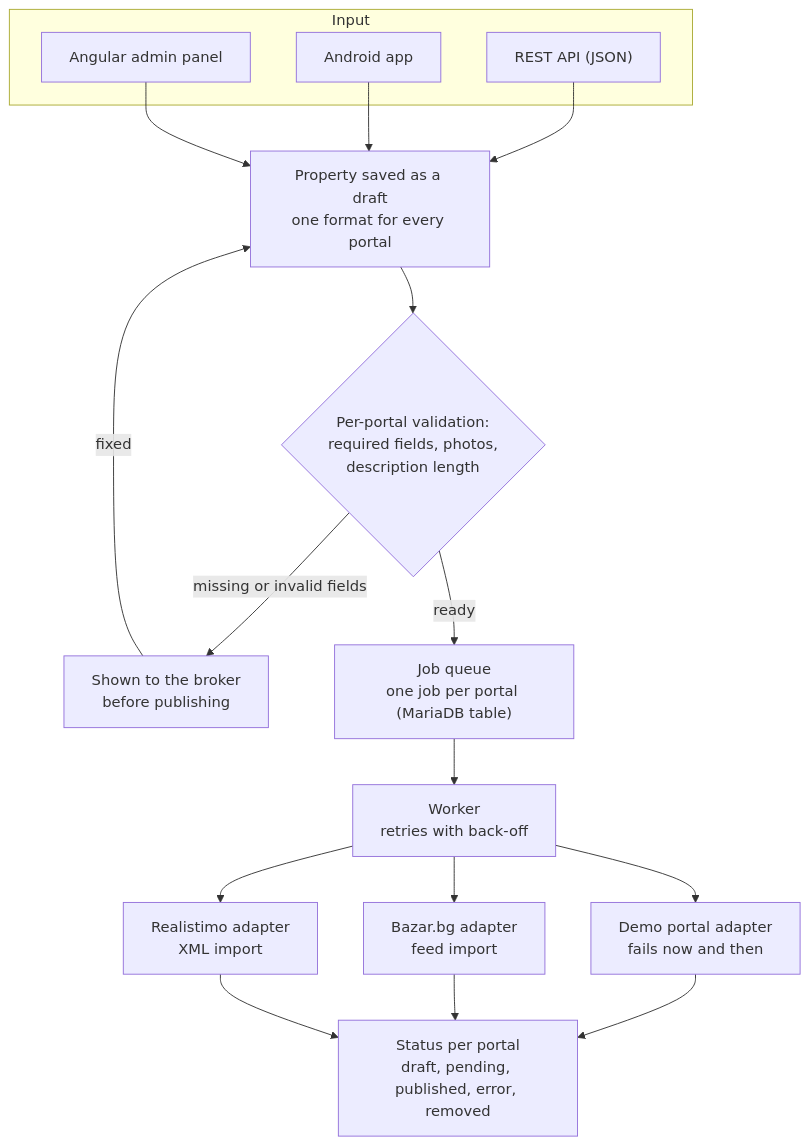
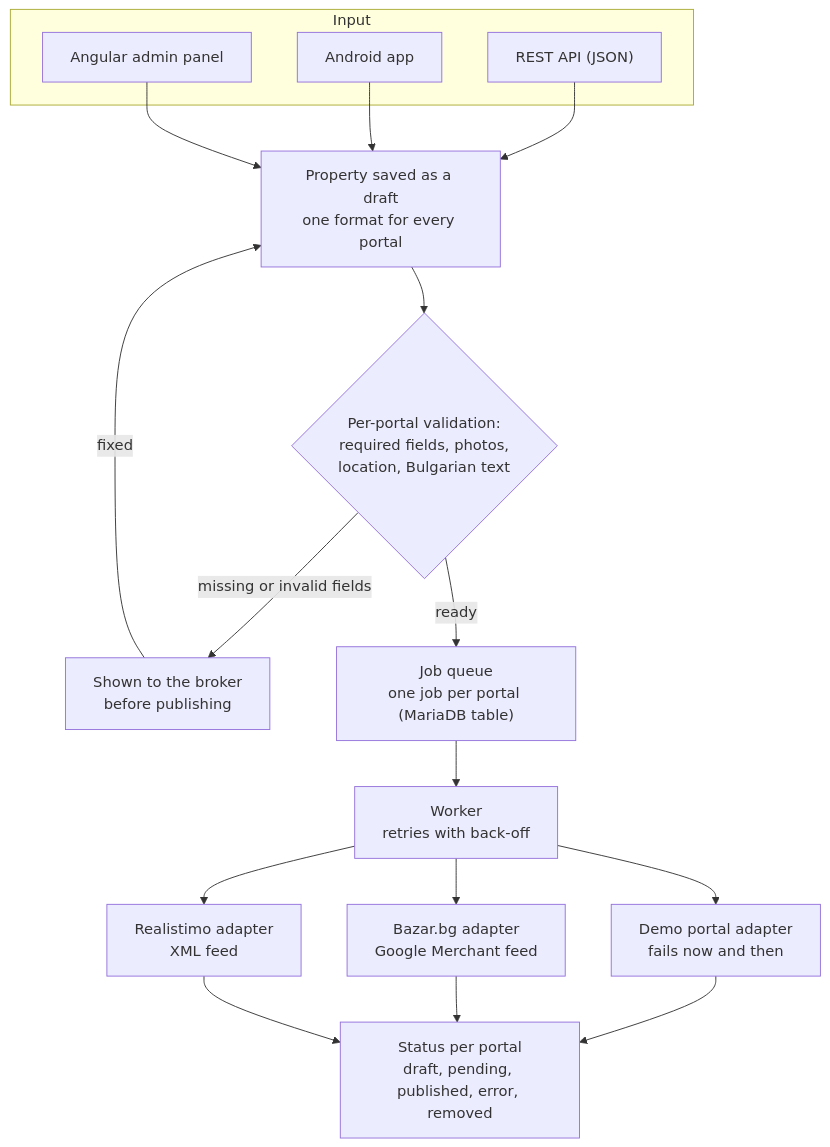
Before and after one commit to DiyanskiTY/imotsync: the first of 2 diagrams in README.md, drawn with Mermaid. The commit also changed other lines of this file and 127 other files, not shown here.

````diff
--- a/README.md
+++ b/README.md
@@ -17,32 +17,32 @@
 ```mermaid
 flowchart TD
     subgraph Input
         A3["REST API (JSON)"]
         A2["Android app"]
         A1["Angular admin panel"]
     end
     D["Property saved as a draft<br/>one format for every portal"]
-    V{"Per-portal validation:<br/>required fields, photos,<br/>description length"}
+    V{"Per-portal validation:<br/>required fields, photos,<br/>location, Bulgarian text"}
     F["Shown to the broker<br/>before publishing"]
     Q["Job queue<br/>one job per portal (MariaDB table)"]
     W["Worker<br/>retries with back-off"]
     P3["Demo portal adapter<br/>fails now and then"]
-    P2["Bazar.bg adapter<br/>feed import"]
-    P1["Realistimo adapter<br/>XML import"]
+    P2["Bazar.bg adapter<br/>Google Merchant feed"]
+    P1["Realistimo adapter<br/>XML feed"]
     S["Status per portal<br/>draft, pending, published, error, removed"]
 
     A3 --> D
     A2 --> D
     A1 --> D
     D --> V
     V -- "missing or invalid fields" --> F
     F -- "fixed" --> D
     V -- "ready" --> Q
     Q --> W
     W --> P3
     W --> P2
     W --> P1
     P3 --> S
     P2 --> S
     P1 --> S
 ```
````
